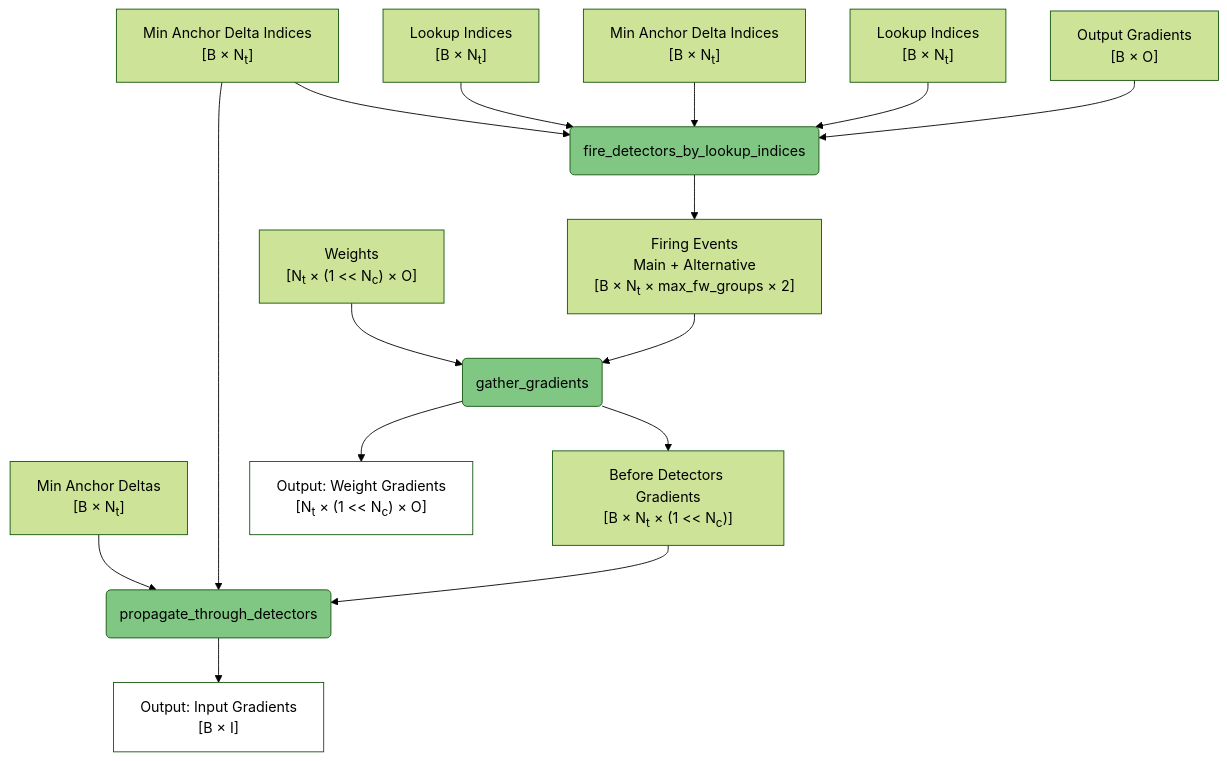
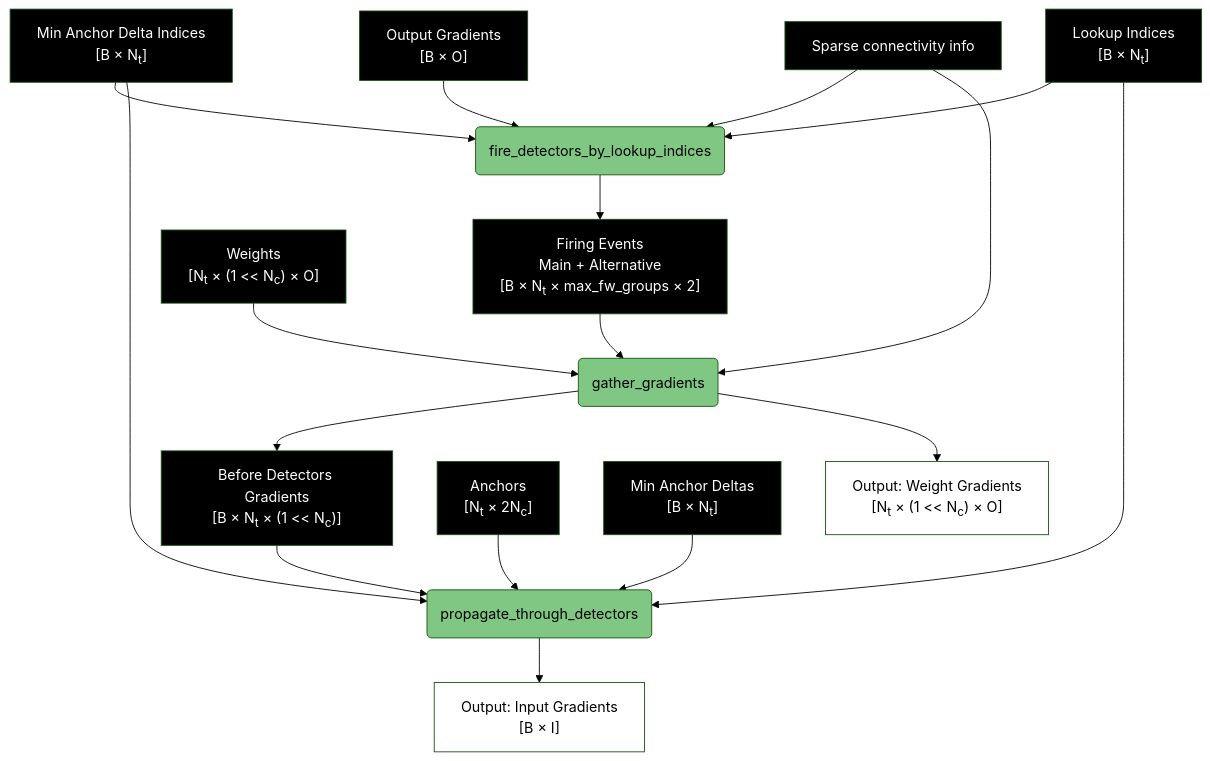
The fourth of 6 diagrams in spiky_cuda/lut/doc/LUT_RUNTIME_DATA_FLOW.md (anatoli-starostin/spiky), drawn with Mermaid (forest theme) before and after one commit. The commit also changed other lines of this file, not shown here.

````diff
--- a/spiky_cuda/lut/doc/LUT_RUNTIME_DATA_FLOW.md
+++ b/spiky_cuda/lut/doc/LUT_RUNTIME_DATA_FLOW.md
@@ -99,29 +120,38 @@
 ```mermaid
 flowchart TD
     A["Output Gradients<br/>[B × O]"] --> B(fire_detectors_by_lookup_indices)
-    
+    M9["Min Anchor Delta Indices<br/>[B × N<sub>t</sub>]"] --> B
+    SC2["Sparse connectivity info"] --> B
     L5["Lookup Indices<br/>[B × N<sub>t</sub>]"] --> B
-    M9["Min Anchor Delta Indices<br/>[B × N<sub>t</sub>]"] --> B
     
     B --> C["Firing Events<br/>Main&nbsp;+&nbsp;Alternative<br/>[B&nbsp;×&nbsp;N<sub>t</sub>&nbsp;×&nbsp;max_fw_groups&nbsp;×&nbsp;2]"]
     
     W4["Weights<br/>[N<sub>t</sub> × (1 << N<sub>c</sub>) × O]"] --> D(gather_gradients)
+    SC2 --> D
     C --> D
-    
-    L2["Lookup Indices<br/>[B × N<sub>t</sub>]"] --> B
-    M3["Min Anchor Deltas<br/>[B × N<sub>t</sub>]"] --> G
-    M4["Min Anchor Delta Indices<br/>[B × N<sub>t</sub>]"] --> B
-    M4 --> G
     
     D --> E["Before Detectors Gradients<br/>[B × N<sub>t</sub> × (1 << N<sub>c</sub>)]"]
     D --> F["Output: Weight Gradients<br/>[N<sub>t</sub>&nbsp;×&nbsp;(1&nbsp;<<&nbsp;N<sub>c</sub>)&nbsp;×&nbsp;O]"]
     
-    E --> G(propagate_through_detectors)
+    D4["Anchors<br/>[N<sub>t</sub> × 2N<sub>c</sub>]"] --> G(propagate_through_detectors)
+    M3["Min Anchor Deltas<br/>[B × N<sub>t</sub>]"] --> G
+    M9 --> G
+    L5 --> G
+    E --> G
     G --> H["Output: Input Gradients<br/>[B × I]"]
     
     style B fill:#81c784,color:#000000
     style D fill:#81c784,color:#000000
     style G fill:#81c784,color:#000000
     style F fill:#ffffff,color:#000000
     style H fill:#ffffff,color:#000000
+    style A fill:#000000,color:#ffffff
+    style W4 fill:#000000,color:#ffffff
+    style L5 fill:#000000,color:#ffffff
+    style M3 fill:#000000,color:#ffffff
+    style M9 fill:#000000,color:#ffffff
+    style D4 fill:#000000,color:#ffffff
+    style SC2 fill:#000000,color:#ffffff
+    style E fill:#000000,color:#ffffff
+    style C fill:#000000,color:#ffffff
 ```
````
